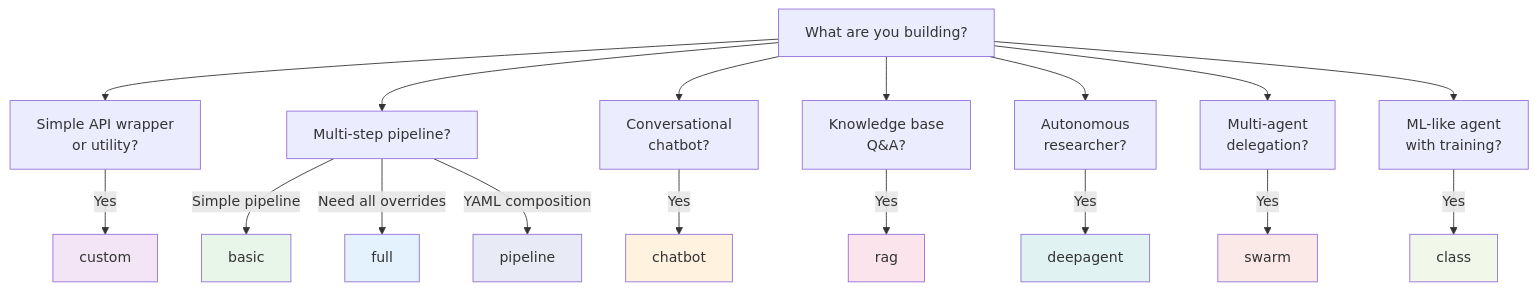
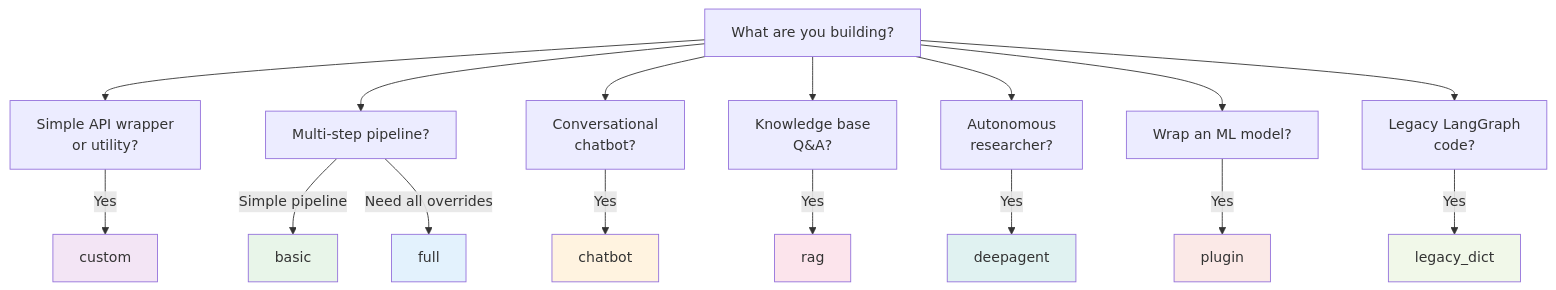
Before and after one commit to UnicoLab/agentomatic: the diagram in docs/guide/templates.md, drawn with Mermaid. The commit also changed other lines of this file and 27 other files, not shown here.

````diff
--- a/docs/guide/templates.md
+++ b/docs/guide/templates.md
@@ -745,30 +680,28 @@
 ```mermaid
 flowchart TD
     A["What are you building?"] --> B["Simple API wrapper<br/>or utility?"]
     A --> C["Multi-step pipeline?"]
     A --> D["Conversational<br/>chatbot?"]
     A --> E["Knowledge base<br/>Q&A?"]
     A --> F["Autonomous<br/>researcher?"]
-    A --> G2["Multi-agent<br/>delegation?"]
-    A --> H2["ML-like agent<br/>with training?"]
+    A --> G2["Wrap an ML model?"]
+    A --> H2["Legacy LangGraph<br/>code?"]
 
     B -->|Yes| G["custom"]
     C -->|Simple pipeline| H["basic"]
     C -->|Need all overrides| I["full"]
-    C -->|YAML composition| M["pipeline"]
     D -->|Yes| J["chatbot"]
     E -->|Yes| K["rag"]
     F -->|Yes| L["deepagent"]
-    G2 -->|Yes| N["swarm"]
-    H2 -->|Yes| O["class"]
+    G2 -->|Yes| N["plugin"]
+    H2 -->|Yes| O["legacy_dict"]
 
     style G fill:#f3e5f5
     style H fill:#e8f5e9
     style I fill:#e3f2fd
     style J fill:#fff3e0
     style K fill:#fce4ec
     style L fill:#e0f2f1
-    style M fill:#e8eaf6
     style N fill:#fbe9e7
     style O fill:#f1f8e9
 ```
````
